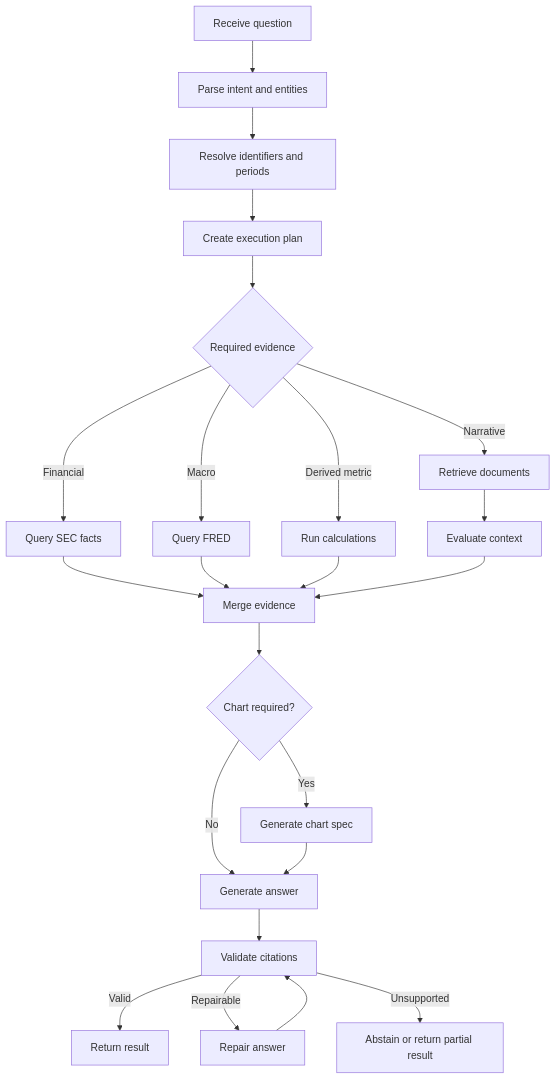
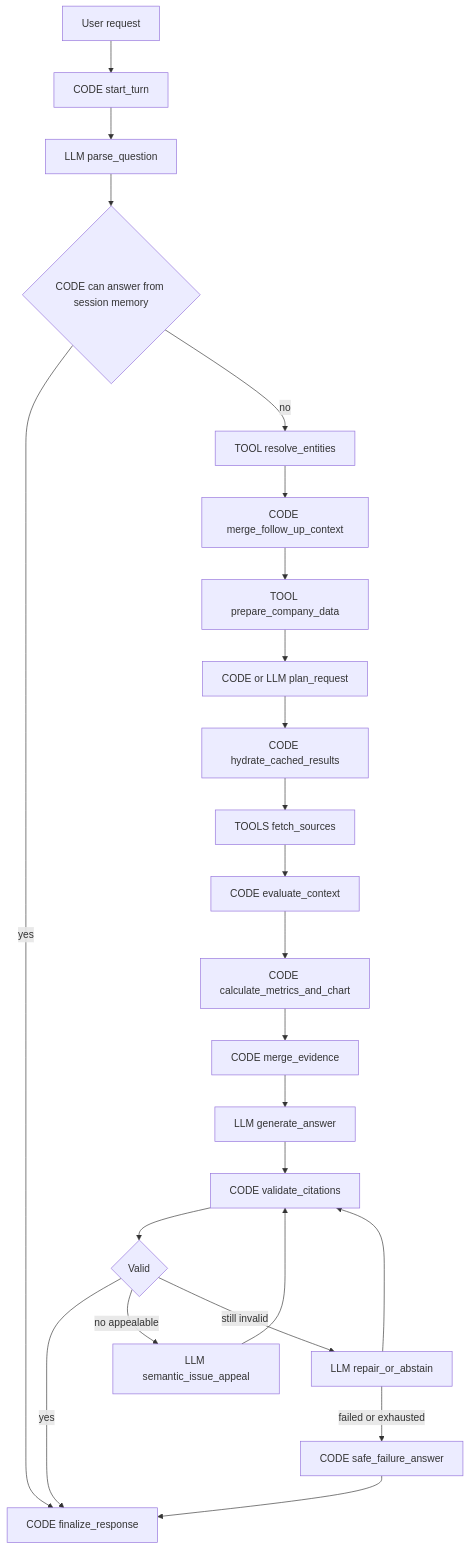
One commit to zvadym/company-lens changed the diagram in README.md. Above: the diagram before and after it, drawn with Mermaid. The commit also changed other lines of this file and 39 other files, not shown here.

````diff
--- a/README.md
+++ b/README.md
@@ -94,25 +94,26 @@
 ```mermaid
 flowchart TD
-    A[Receive question] --> B[Parse intent and entities]
-    B --> C[Resolve identifiers and periods]
-    C --> D[Create execution plan]
-    D --> E{Required evidence}
-    E -->|Narrative| F[Retrieve documents]
-    E -->|Financial| G[Query SEC facts]
-    E -->|Macro| H[Query FRED]
-    E -->|Derived metric| I[Run calculations]
-    F --> J[Evaluate context]
-    G --> K[Merge evidence]
-    H --> K
-    I --> K
-    J --> K
-    K --> L{Chart required?}
-    L -->|Yes| M[Generate chart spec]
-    L -->|No| N[Generate answer]
-    M --> N
-    N --> O[Validate citations]
-    O -->|Valid| P[Return result]
-    O -->|Repairable| Q[Repair answer]
+    A[User request] --> B[CODE start_turn]
+    B --> C[LLM parse_question]
+    C --> D{CODE can answer from session memory}
+    D -->|yes| Z[CODE finalize_response]
+    D -->|no| E[TOOL resolve_entities]
+    E --> F[CODE merge_follow_up_context]
+    F --> G[TOOL prepare_company_data]
+    G --> H[CODE or LLM plan_request]
+    H --> I[CODE hydrate_cached_results]
+    I --> J[TOOLS fetch_sources]
+    J --> K[CODE evaluate_context]
+    K --> L[CODE calculate_metrics_and_chart]
+    L --> M[CODE merge_evidence]
+    M --> N[LLM generate_answer]
+    N --> O[CODE validate_citations]
+    O --> P{Valid}
+    P -->|yes| Z
+    P -->|no appealable| Q[LLM semantic_issue_appeal]
     Q --> O
-    O -->|Unsupported| R[Abstain or return partial result]
+    P -->|still invalid| R[LLM repair_or_abstain]
+    R --> O
+    R -->|failed or exhausted| S[CODE safe_failure_answer]
+    S --> Z
 ```
````
